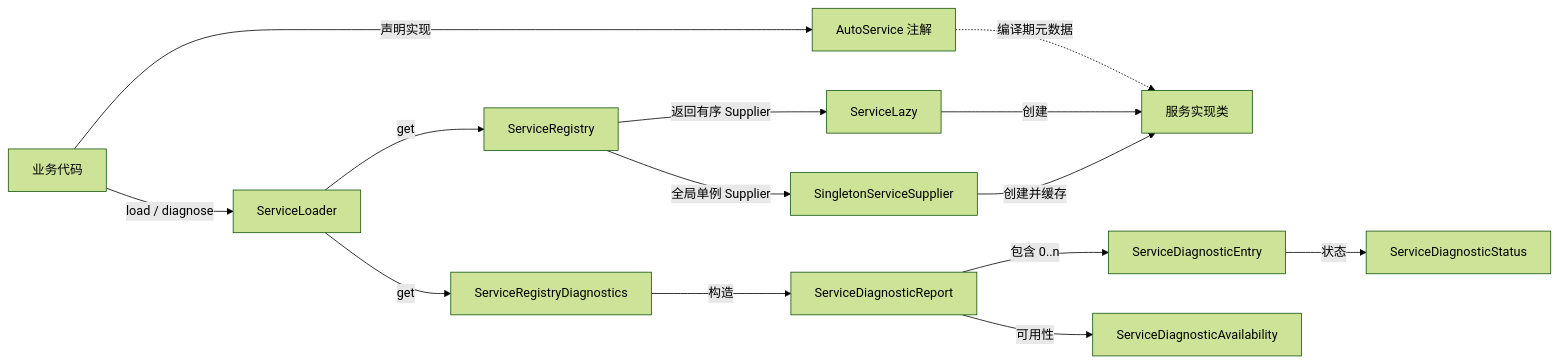
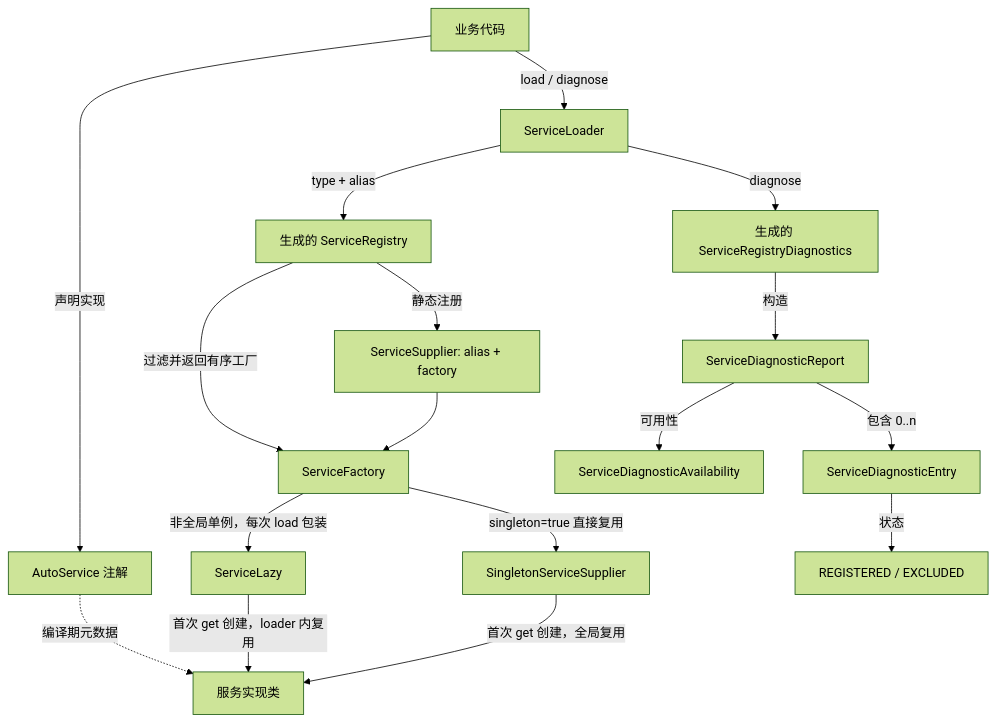
Before and after one commit to anymao/auto-service-android: the diagram in diagrams/runtime-api-classes.mmd, drawn with Mermaid (forest theme). The commit also changed 46 other files, not shown here.

```diff
--- a/diagrams/runtime-api-classes.mmd
+++ b/diagrams/runtime-api-classes.mmd
@@ -1,14 +1,17 @@
-graph LR
+graph TD
     User["业务代码"] -->|声明实现| Annotation["AutoService 注解"]
     User -->|load / diagnose| Loader["ServiceLoader<T>"]
     Annotation -.->|编译期元数据| Implementation["服务实现类"]
-    Loader -->|get| Registry["ServiceRegistry"]
-    Loader -->|get| Diagnostics["ServiceRegistryDiagnostics"]
-    Registry -->|返回有序 Supplier| Lazy["ServiceLazy<T>"]
-    Registry -->|全局单例 Supplier| Singleton["SingletonServiceSupplier<T>"]
-    Lazy -->|创建| Implementation
-    Singleton -->|创建并缓存| Implementation
+    Registry["生成的 ServiceRegistry"] -->|静态注册| RegEntry["ServiceSupplier: alias + factory"]
+    Loader -->|type + alias| Registry
+    Registry -->|过滤并返回有序工厂| Factory["ServiceFactory<T>"]
+    RegEntry --> Factory
+    Factory -->|非全局单例，每次 load 包装| Lazy["ServiceLazy<T>"]
+    Factory -->|singleton=true 直接复用| Singleton["SingletonServiceSupplier<T>"]
+    Lazy -->|首次 get 创建，loader 内复用| Implementation
+    Singleton -->|首次 get 创建，全局复用| Implementation
+    Loader -->|diagnose| Diagnostics["生成的 ServiceRegistryDiagnostics"]
     Diagnostics -->|构造| Report["ServiceDiagnosticReport"]
-    Report -->|包含 0..n| Entry["ServiceDiagnosticEntry"]
-    Entry -->|状态| Status["ServiceDiagnosticStatus"]
+    Report -->|包含 0..n| DiagEntry["ServiceDiagnosticEntry"]
+    DiagEntry -->|状态| Status["REGISTERED / EXCLUDED"]
     Report -->|可用性| Availability["ServiceDiagnosticAvailability"]
```
